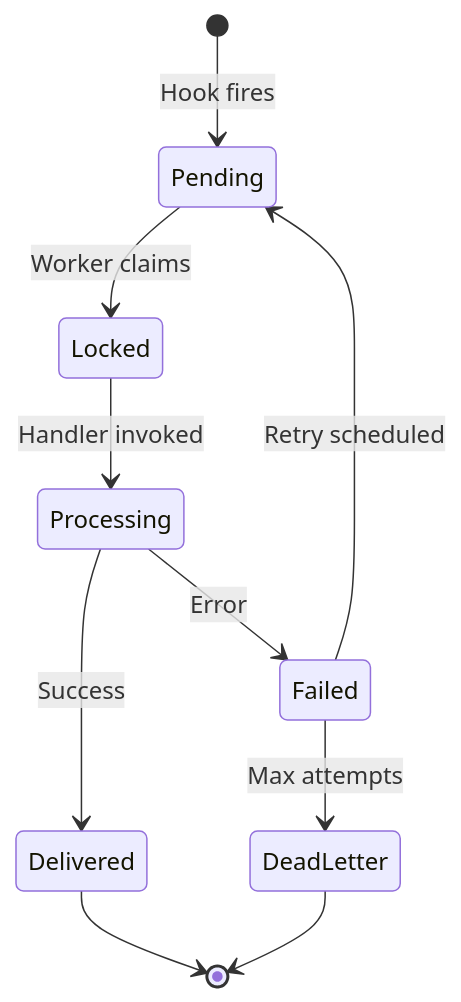
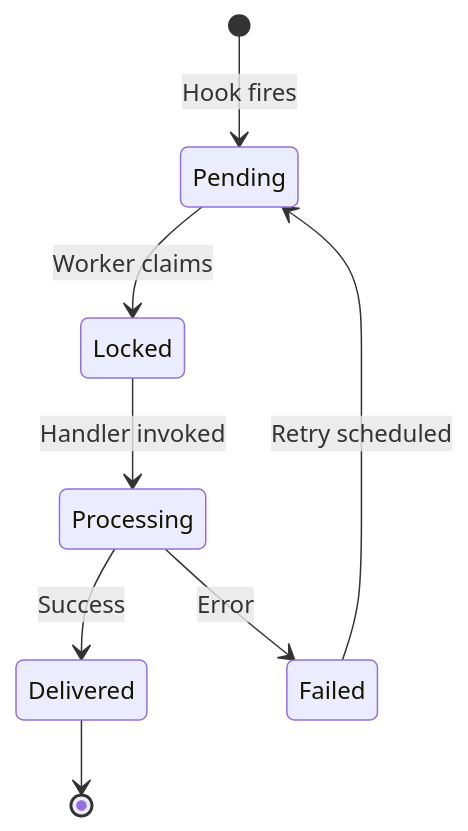
The first of 3 diagrams in docs/project/design/architecture/outbox.md (InstruktAI/TeleClaude), drawn with Mermaid before and after one commit. The commit also changed other lines of this file and 5 other files, not shown here.

Commit message:
docs: realign mcp and hook architecture with runtime behavior

````diff
--- a/docs/project/design/architecture/outbox.md
+++ b/docs/project/design/architecture/outbox.md
@@ -56,12 +56,10 @@
 ```mermaid
 stateDiagram-v2
     [*] --> Pending: Hook fires
     Pending --> Locked: Worker claims
     Locked --> Processing: Handler invoked
     Processing --> Delivered: Success
     Processing --> Failed: Error
     Failed --> Pending: Retry scheduled
-    Failed --> DeadLetter: Max attempts
     Delivered --> [*]
-    DeadLetter --> [*]
 ```
````
